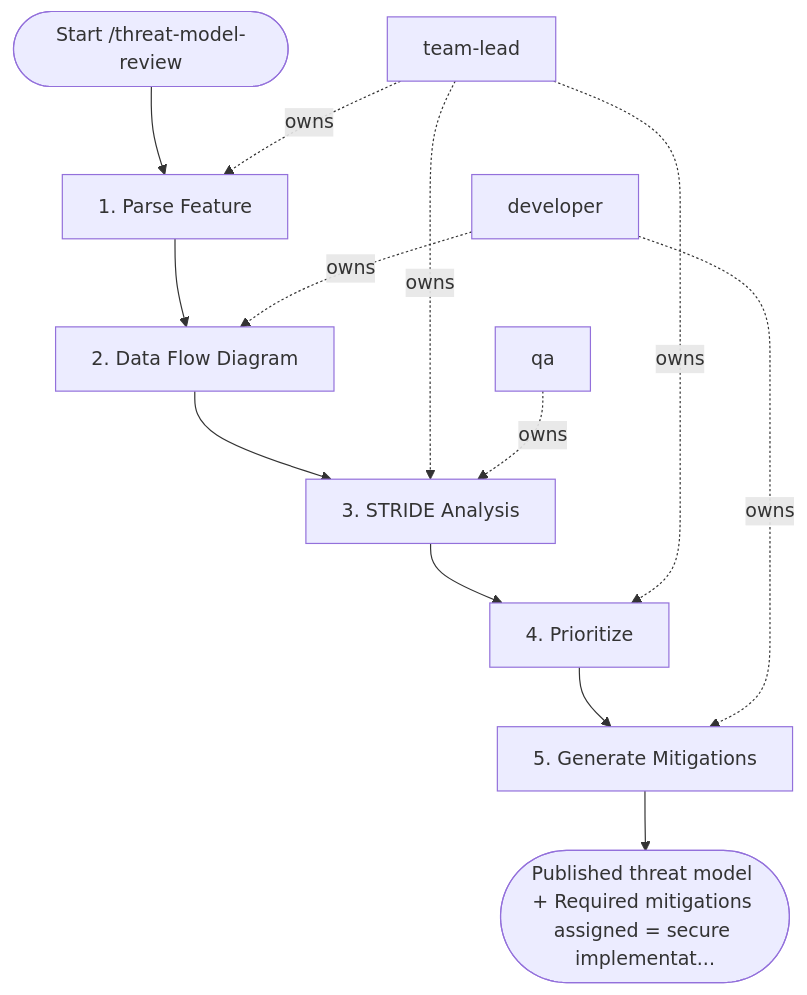
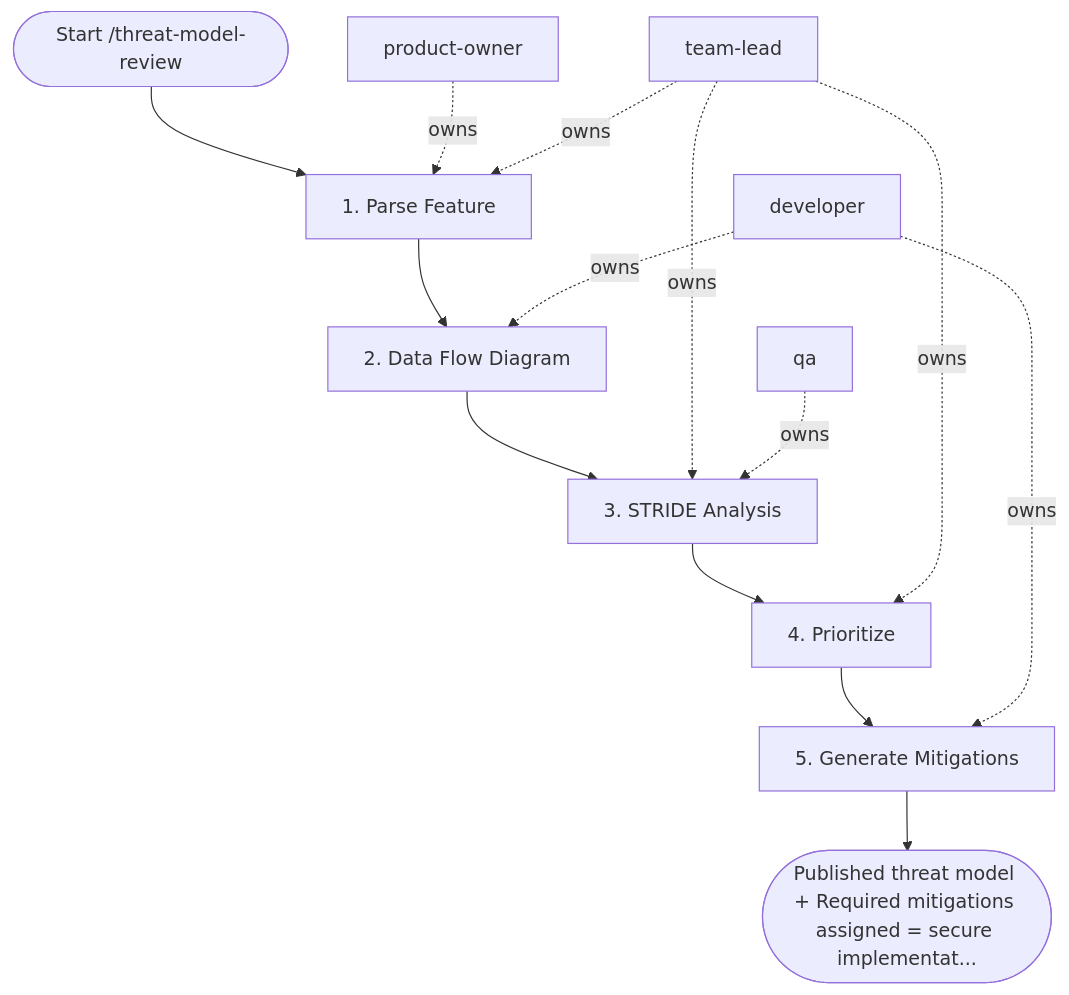
The diagram in areas/software/security/workflows/threat-model-review.md (sawrus/agent-guides), drawn with Mermaid before and after one commit. The commit also changed other lines of this file and 76 other files, not shown here.

Commit message:
Standardize workflow product owner initiation

````diff
--- a/areas/software/security/workflows/threat-model-review.md
+++ b/areas/software/security/workflows/threat-model-review.md
@@ -64,25 +64,27 @@
 ```mermaid
 flowchart TD
   start(["Start /threat-model-review"])
-  role_1["team-lead"]
-  role_2["developer"]
-  role_3["qa"]
+  role_1["product-owner"]
+  role_2["team-lead"]
+  role_3["developer"]
+  role_4["qa"]
   step_1["1. Parse Feature"]
   step_2["2. Data Flow Diagram"]
   step_3["3. STRIDE Analysis"]
   step_4["4. Prioritize"]
   step_5["5. Generate Mitigations"]
   exit(["Published threat model + Required mitigations assigned = secure implementat..."])
   start --> step_1
   step_1 --> step_2
   step_2 --> step_3
   step_3 --> step_4
   step_4 --> step_5
   step_5 --> exit
   role_1 -. owns .-> step_1
-  role_2 -. owns .-> step_2
-  role_1 -. owns .-> step_3
-  role_3 -. owns .-> step_3
-  role_1 -. owns .-> step_4
-  role_2 -. owns .-> step_5
+  role_2 -. owns .-> step_1
+  role_3 -. owns .-> step_2
+  role_2 -. owns .-> step_3
+  role_4 -. owns .-> step_3
+  role_2 -. owns .-> step_4
+  role_3 -. owns .-> step_5
 ```
````
